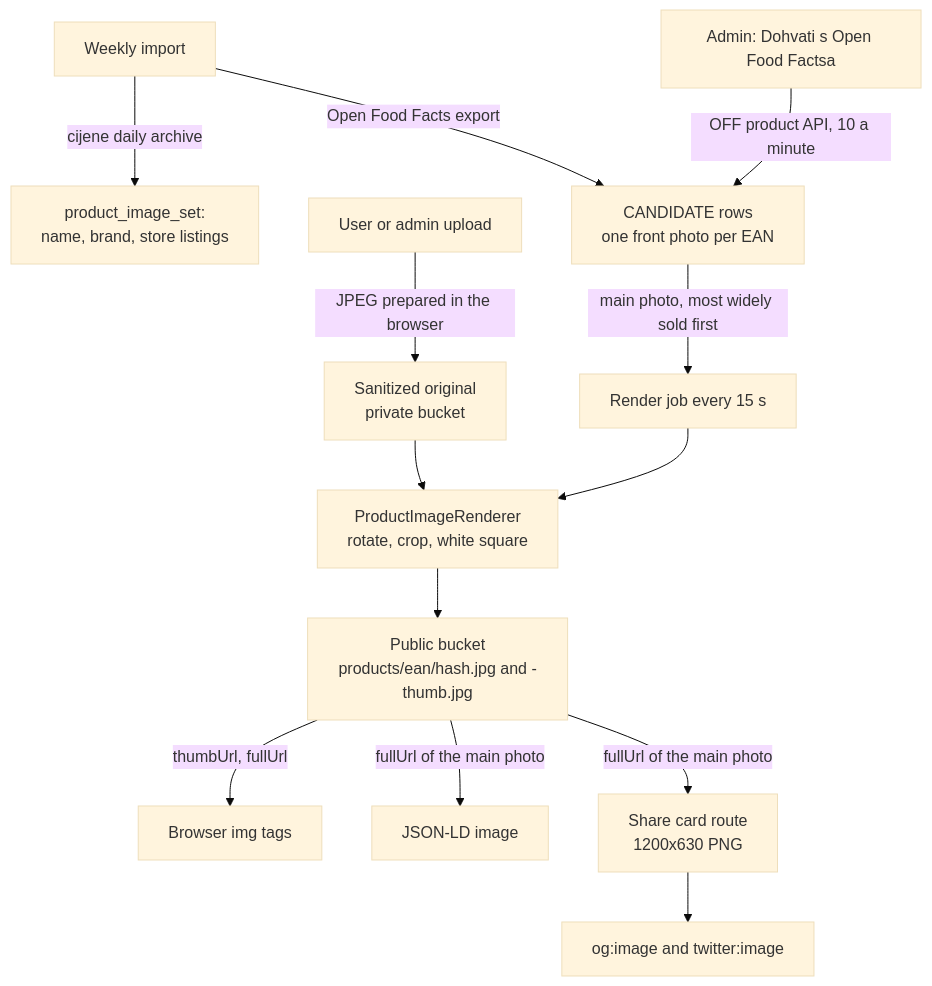
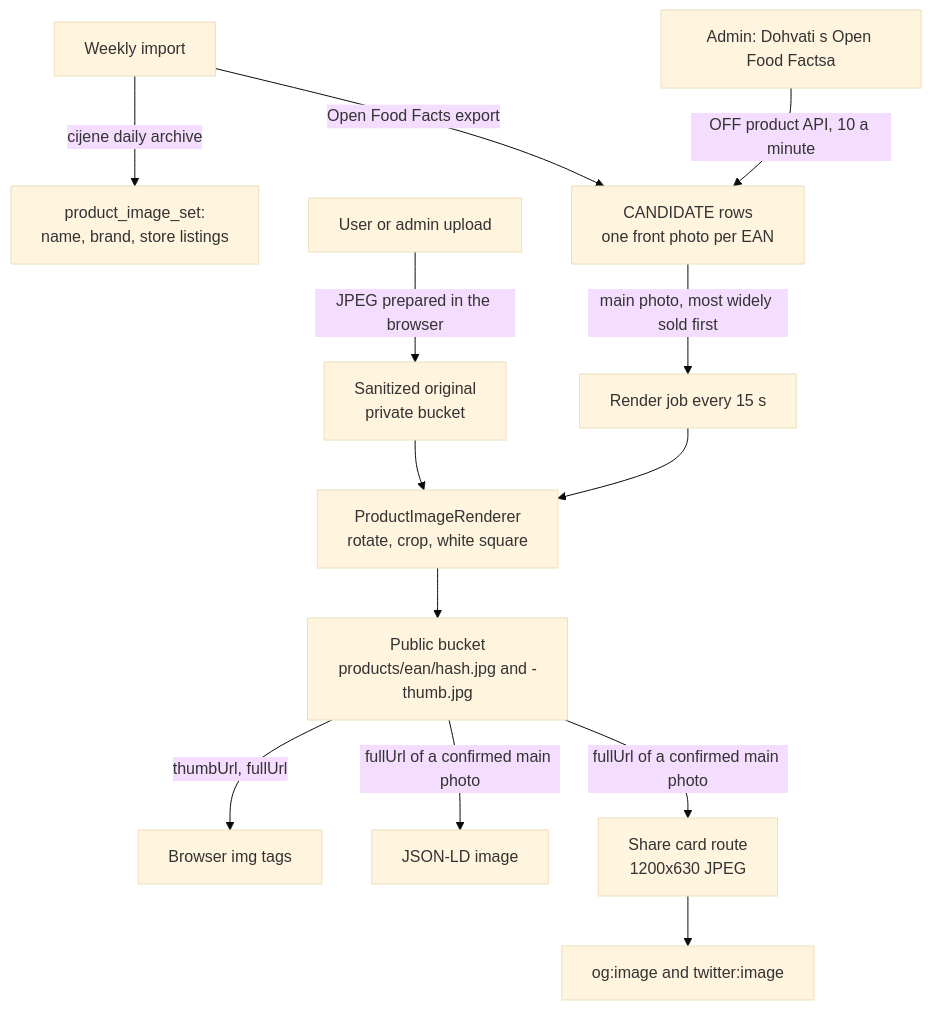
Before and after one commit to OffCrazyFreak/Disscount: the first of 2 diagrams in docs/PRODUCT-IMAGES.md, drawn with Mermaid (base theme). The commit also changed other lines of this file and 4 other files, not shown here.

First line of the commit message:
docs(products): Describe the JPEG share card and confirmed photo rule

````diff
--- a/docs/PRODUCT-IMAGES.md
+++ b/docs/PRODUCT-IMAGES.md
@@ -52,15 +52,15 @@
 ```mermaid
 flowchart TD
     W[Weekly import] -->|cijene daily archive| S[product_image_set:<br/>name, brand, store listings]
     W -->|Open Food Facts export| C[CANDIDATE rows<br/>one front photo per EAN]
     A[Admin: Dohvati s Open Food Factsa] -->|OFF product API, 10 a minute| C
     U[User or admin upload] -->|JPEG prepared in the browser| O[Sanitized original<br/>private bucket]
     O --> R
     C -->|main photo, most widely sold first| J[Render job every 15 s]
     J --> R[ProductImageRenderer<br/>rotate, crop, white square]
     R --> P["Public bucket<br/>products/ean/hash.jpg and -thumb.jpg"]
     P -->|thumbUrl, fullUrl| B[Browser img tags]
-    P -->|fullUrl of the main photo| LD[JSON-LD image]
-    P -->|fullUrl of the main photo| CARD["Share card route<br/>1200x630 PNG"]
+    P -->|fullUrl of a confirmed main photo| LD[JSON-LD image]
+    P -->|fullUrl of a confirmed main photo| CARD["Share card route<br/>1200x630 JPEG"]
     CARD --> SEO[og:image and twitter:image]
 ```
````
